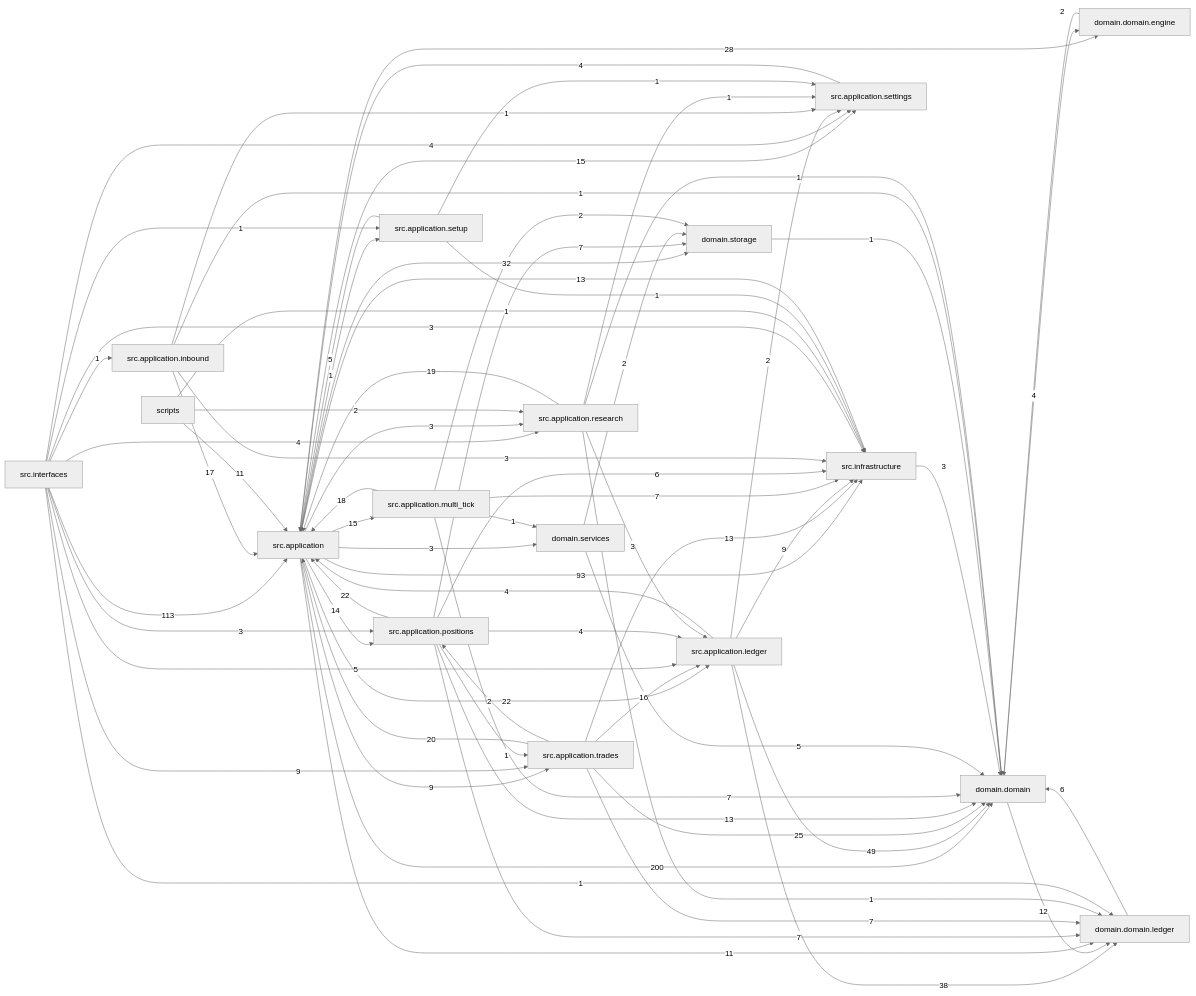
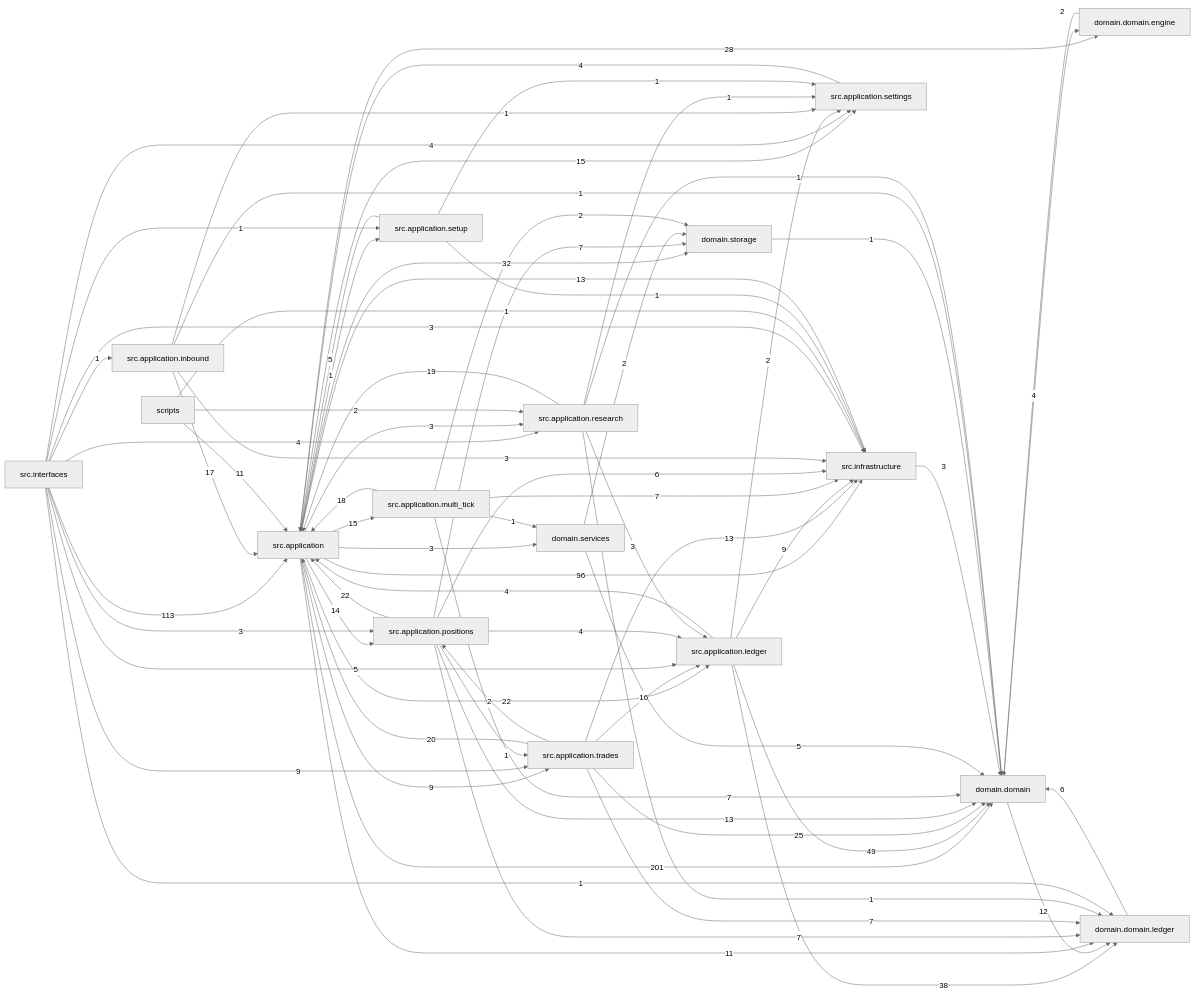
The diagram in docs/dependency_graph.mmd (liuxie066/options-monitor), drawn with Mermaid (neutral theme) before and after one commit. The commit also changed 12 other files, not shown here.

```diff
--- a/docs/dependency_graph.mmd
+++ b/docs/dependency_graph.mmd
@@ -1,72 +1,72 @@
 flowchart LR
-  src_application["src.application"] -->|200| domain_domain["domain.domain"]
+  src_application["src.application"] -->|201| domain_domain["domain.domain"]
   src_interfaces["src.interfaces"] -->|113| src_application["src.application"]
-  src_application["src.application"] -->|93| src_infrastructure["src.infrastructure"]
+  src_application["src.application"] -->|96| src_infrastructure["src.infrastructure"]
   src_application_ledger["src.application.ledger"] -->|49| domain_domain["domain.domain"]
   src_application_ledger["src.application.ledger"] -->|38| domain_domain_ledger["domain.domain.ledger"]
   src_application["src.application"] -->|32| domain_storage["domain.storage"]
   src_application["src.application"] -->|28| domain_domain_engine["domain.domain.engine"]
   src_application_trades["src.application.trades"] -->|25| domain_domain["domain.domain"]
   src_application["src.application"] -->|22| src_application_ledger["src.application.ledger"]
   src_application_positions["src.application.positions"] -->|22| src_application["src.application"]
   src_application_trades["src.application.trades"] -->|20| src_application["src.application"]
   src_application_research["src.application.research"] -->|19| src_application["src.application"]
   src_application_multi_tick["src.application.multi_tick"] -->|18| src_application["src.application"]
   src_application_inbound["src.application.inbound"] -->|17| src_application["src.application"]
   src_application_trades["src.application.trades"] -->|16| src_application_ledger["src.application.ledger"]
   src_application["src.application"] -->|15| src_application_multi_tick["src.application.multi_tick"]
   src_application["src.application"] -->|15| src_application_settings["src.application.settings"]
   src_application["src.application"] -->|14| src_application_positions["src.application.positions"]
   src_application_positions["src.application.positions"] -->|13| domain_domain["domain.domain"]
   src_application_trades["src.application.trades"] -->|13| src_infrastructure["src.infrastructure"]
   src_infrastructure["src.infrastructure"] -->|13| src_application["src.application"]
   domain_domain["domain.domain"] -->|12| domain_domain_ledger["domain.domain.ledger"]
   scripts["scripts"] -->|11| src_application["src.application"]
   src_application["src.application"] -->|11| domain_domain_ledger["domain.domain.ledger"]
   src_application["src.application"] -->|9| src_application_trades["src.application.trades"]
   src_application_ledger["src.application.ledger"] -->|9| src_infrastructure["src.infrastructure"]
   src_interfaces["src.interfaces"] -->|9| src_application_trades["src.application.trades"]
   src_application_multi_tick["src.application.multi_tick"] -->|7| domain_domain["domain.domain"]
   src_application_multi_tick["src.application.multi_tick"] -->|7| src_infrastructure["src.infrastructure"]
   src_application_positions["src.application.positions"] -->|7| domain_domain_ledger["domain.domain.ledger"]
   src_application_positions["src.application.positions"] -->|7| domain_storage["domain.storage"]
   src_application_trades["src.application.trades"] -->|7| domain_domain_ledger["domain.domain.ledger"]
   domain_domain_ledger["domain.domain.ledger"] -->|6| domain_domain["domain.domain"]
   src_application_positions["src.application.positions"] -->|6| src_infrastructure["src.infrastructure"]
   domain_services["domain.services"] -->|5| domain_domain["domain.domain"]
   src_application_setup["src.application.setup"] -->|5| src_application["src.application"]
   src_interfaces["src.interfaces"] -->|5| src_application_ledger["src.application.ledger"]
   domain_domain["domain.domain"] -->|4| domain_domain_engine["domain.domain.engine"]
   src_application_ledger["src.application.ledger"] -->|4| src_application["src.application"]
   src_application_positions["src.application.positions"] -->|4| src_application_ledger["src.application.ledger"]
   src_application_settings["src.application.settings"] -->|4| src_application["src.application"]
   src_interfaces["src.interfaces"] -->|4| src_application_research["src.application.research"]
   src_interfaces["src.interfaces"] -->|4| src_application_settings["src.application.settings"]
   src_application["src.application"] -->|3| domain_services["domain.services"]
   src_application["src.application"] -->|3| src_application_research["src.application.research"]
   src_application_inbound["src.application.inbound"] -->|3| src_infrastructure["src.infrastructure"]
   src_application_research["src.application.research"] -->|3| src_application_ledger["src.application.ledger"]
   src_infrastructure["src.infrastructure"] -->|3| domain_domain["domain.domain"]
   src_interfaces["src.interfaces"] -->|3| src_application_positions["src.application.positions"]
   src_interfaces["src.interfaces"] -->|3| src_infrastructure["src.infrastructure"]
   domain_domain_engine["domain.domain.engine"] -->|2| domain_domain["domain.domain"]
   domain_services["domain.services"] -->|2| domain_storage["domain.storage"]
   scripts["scripts"] -->|2| src_application_research["src.application.research"]
   src_application_ledger["src.application.ledger"] -->|2| src_application_settings["src.application.settings"]
   src_application_multi_tick["src.application.multi_tick"] -->|2| domain_storage["domain.storage"]
   src_application_trades["src.application.trades"] -->|2| src_application_positions["src.application.positions"]
   domain_storage["domain.storage"] -->|1| domain_domain["domain.domain"]
   scripts["scripts"] -->|1| src_infrastructure["src.infrastructure"]
   src_application["src.application"] -->|1| src_application_setup["src.application.setup"]
   src_application_inbound["src.application.inbound"] -->|1| domain_domain["domain.domain"]
   src_application_inbound["src.application.inbound"] -->|1| src_application_settings["src.application.settings"]
   src_application_multi_tick["src.application.multi_tick"] -->|1| domain_services["domain.services"]
   src_application_positions["src.application.positions"] -->|1| src_application_trades["src.application.trades"]
   src_application_research["src.application.research"] -->|1| domain_domain["domain.domain"]
   src_application_research["src.application.research"] -->|1| domain_domain_ledger["domain.domain.ledger"]
   src_application_research["src.application.research"] -->|1| src_application_settings["src.application.settings"]
   src_application_setup["src.application.setup"] -->|1| src_application_settings["src.application.settings"]
   src_application_setup["src.application.setup"] -->|1| src_infrastructure["src.infrastructure"]
   src_interfaces["src.interfaces"] -->|1| domain_domain_ledger["domain.domain.ledger"]
   src_interfaces["src.interfaces"] -->|1| src_application_inbound["src.application.inbound"]
   src_interfaces["src.interfaces"] -->|1| src_application_setup["src.application.setup"]
```
